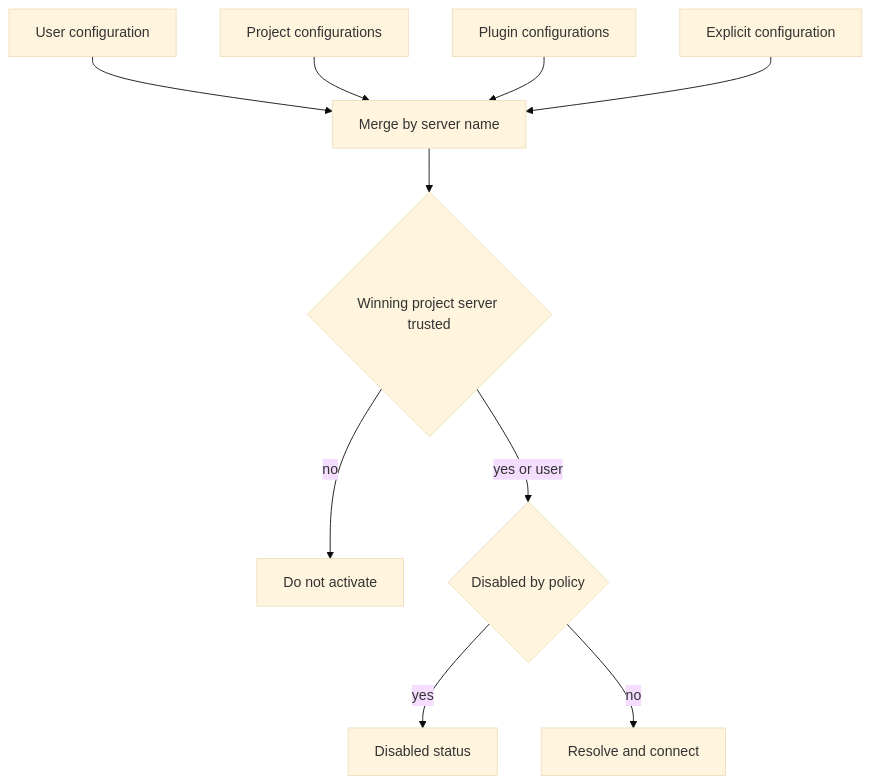
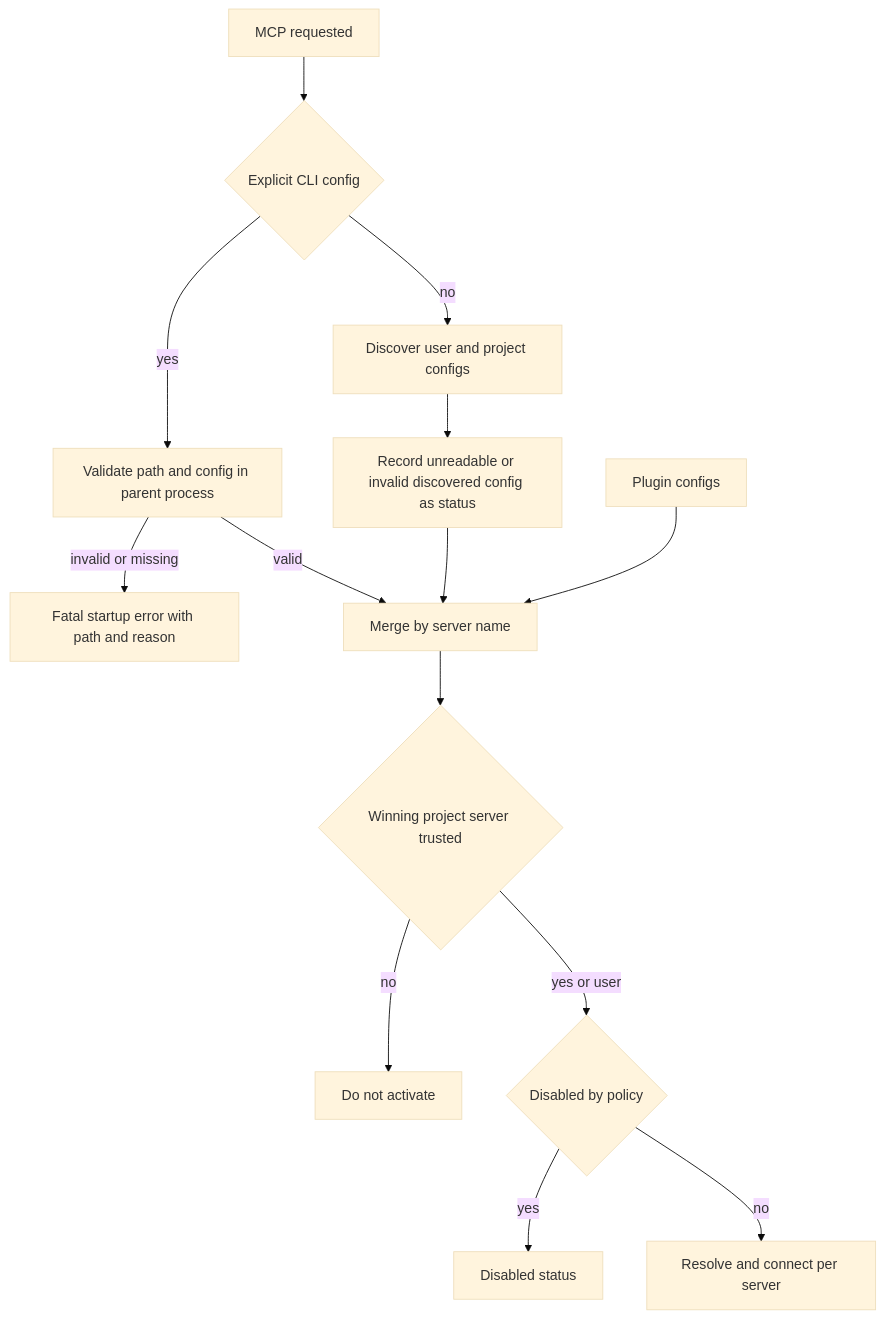
The first of 4 diagrams in openwiki/integrations/mcp.md (langchain-ai/deepagents), drawn with Mermaid (base theme) before and after one commit. The commit also changed other lines of this file and 53 other files, not shown here.

````diff
--- a/openwiki/integrations/mcp.md
+++ b/openwiki/integrations/mcp.md
@@ -73,12 +77,16 @@
 ```mermaid
 flowchart TD
-    User["User configuration"] --> Merge["Merge by server name"]
-    Project["Project configurations"] --> Merge
-    Plugin["Plugin configurations"] --> Merge
-    Explicit["Explicit configuration"] --> Merge
+    Start["MCP requested"] --> Explicit{"Explicit CLI config"}
+    Explicit -->|"yes"| Validate["Validate path and config in parent process"]
+    Validate -->|"invalid or missing"| Fatal["Fatal startup error with path and reason"]
+    Validate -->|"valid"| Merge["Merge by server name"]
+    Explicit -->|"no"| Discover["Discover user and project configs"]
+    Discover --> Lenient["Record unreadable or invalid discovered config as status"]
+    Lenient --> Merge
+    Plugin["Plugin configs"] --> Merge
     Merge --> Trust{"Winning project server trusted"}
     Trust -->|"no"| Skip["Do not activate"]
     Trust -->|"yes or user"| Disabled{"Disabled by policy"}
     Disabled -->|"yes"| Status["Disabled status"]
-    Disabled -->|"no"| Activate["Resolve and connect"]
+    Disabled -->|"no"| Activate["Resolve and connect per server"]
 ```
````
